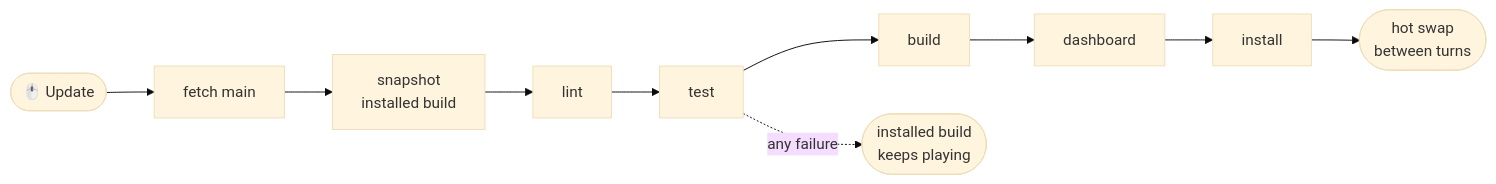
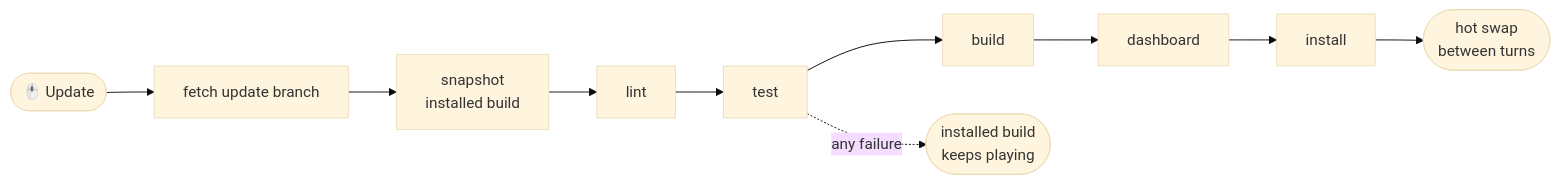
One commit to SvanLabs/SvanBot changed the fourth of 4 diagrams in README.md. Above: the diagram before and after it, drawn with Mermaid (base theme). The commit also changed other lines of this file and 4 other files, not shown here.

````diff
--- a/README.md
+++ b/README.md
@@ -309,5 +309,5 @@
 ```mermaid
 flowchart LR
-  U(["🖱️ Update"]) --> FE["fetch main"] --> SN["snapshot<br/>installed build"] --> LI["lint"] --> TE["test"] --> BU["build"] --> DA["dashboard"] --> IN["install"] --> HS(["hot swap<br/>between turns"])
+  U(["🖱️ Update"]) --> FE["fetch update branch"] --> SN["snapshot<br/>installed build"] --> LI["lint"] --> TE["test"] --> BU["build"] --> DA["dashboard"] --> IN["install"] --> HS(["hot swap<br/>between turns"])
   TE -. any failure .-> KEEP(["installed build<br/>keeps playing"])
 ```
````
